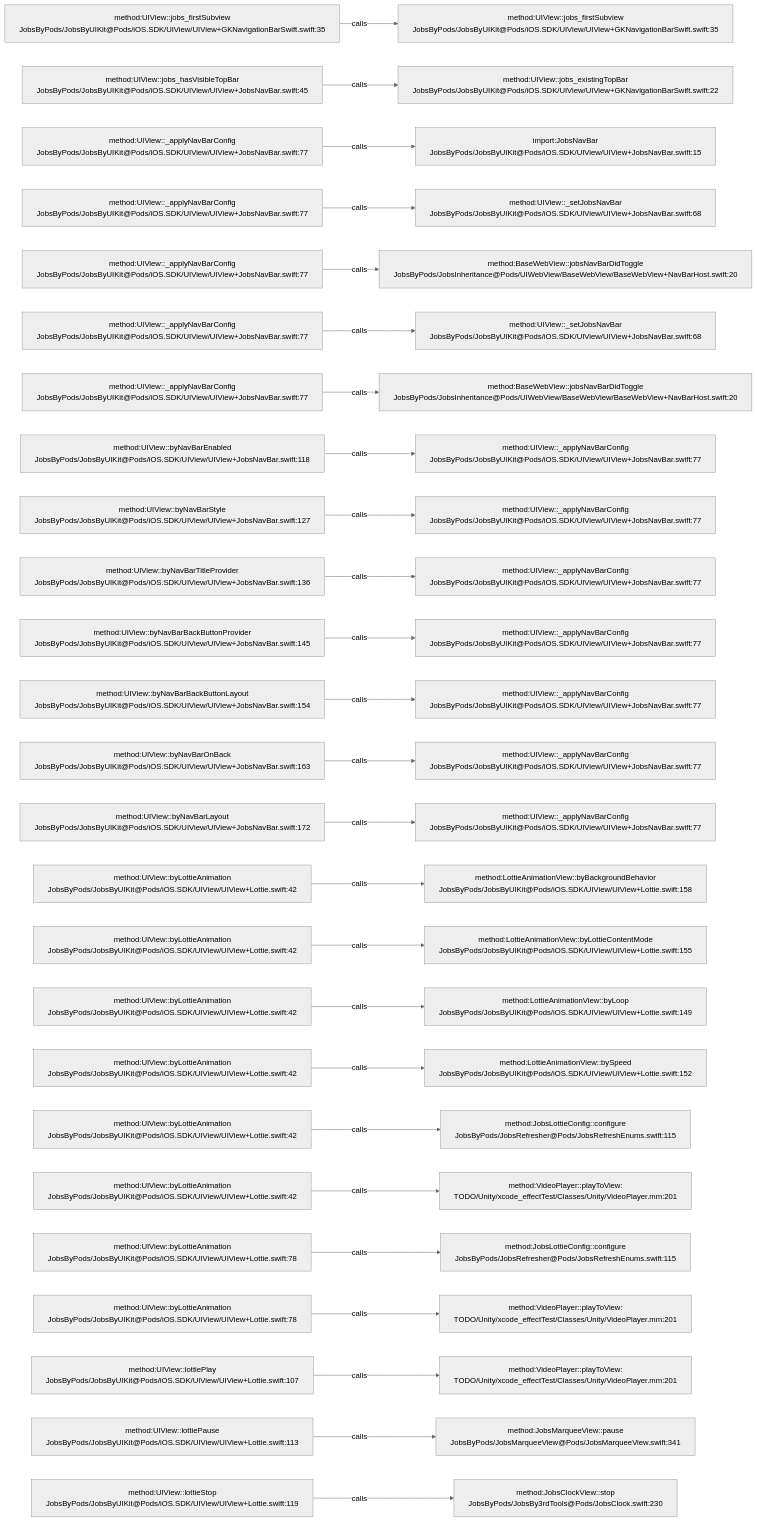
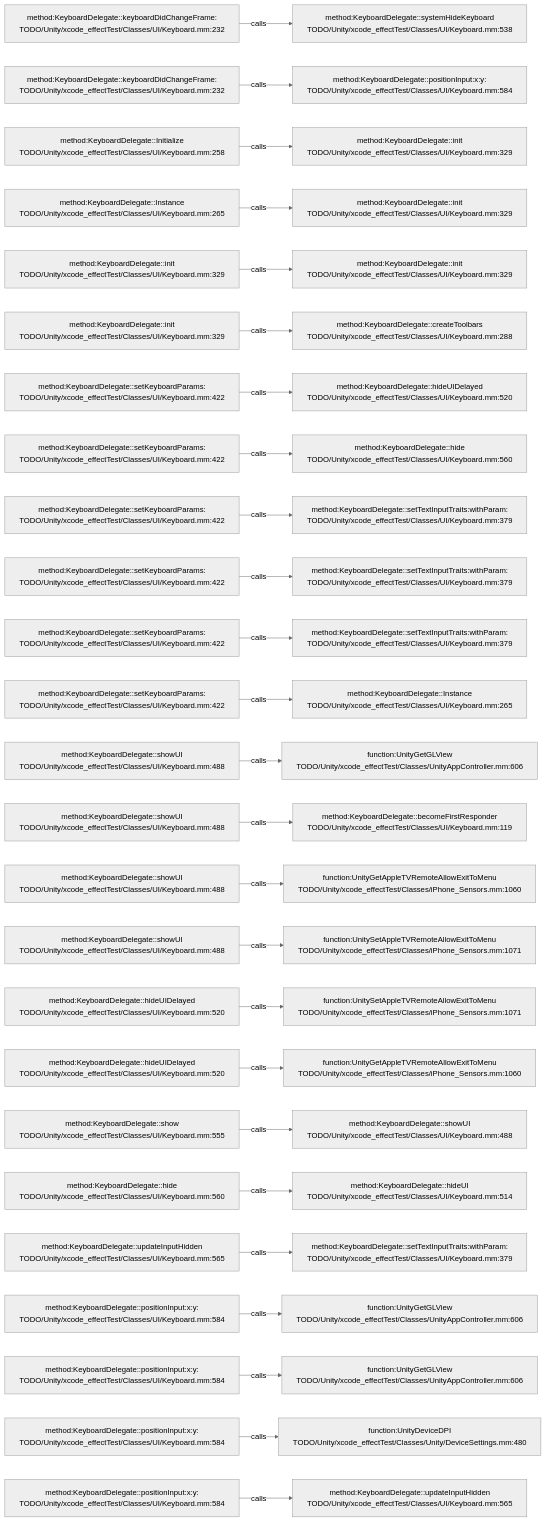
One commit to JobsKits/JobsSwiftBaseConfigDemo changed the diagram in .codegraph/codegraph.md/graphs/calls-092.md. Above: the diagram before and after it, drawn with Mermaid (neutral theme). The commit also changed 569 other files, not shown here.

````diff
--- a/.codegraph/codegraph.md/graphs/calls-092.md
+++ b/.codegraph/codegraph.md/graphs/calls-092.md
@@ -13,78 +13,78 @@
 ```mermaid
 flowchart LR
-  S1["method:UIView::jobs_firstSubview<br/>JobsByPods/JobsByUIKit@Pods/iOS.SDK/UIView/UIView+GKNavigationBarSwift.swift:35"]
-  T1["method:UIView::jobs_firstSubview<br/>JobsByPods/JobsByUIKit@Pods/iOS.SDK/UIView/UIView+GKNavigationBarSwift.swift:35"]
+  S1["method:KeyboardDelegate::keyboardDidChangeFrame:<br/>TODO/Unity/xcode_effectTest/Classes/UI/Keyboard.mm:232"]
+  T1["method:KeyboardDelegate::systemHideKeyboard<br/>TODO/Unity/xcode_effectTest/Classes/UI/Keyboard.mm:538"]
   S1 -->|calls| T1
-  S2["method:UIView::jobs_hasVisibleTopBar<br/>JobsByPods/JobsByUIKit@Pods/iOS.SDK/UIView/UIView+JobsNavBar.swift:45"]
-  T2["method:UIView::jobs_existingTopBar<br/>JobsByPods/JobsByUIKit@Pods/iOS.SDK/UIView/UIView+GKNavigationBarSwift.swift:22"]
+  S2["method:KeyboardDelegate::keyboardDidChangeFrame:<br/>TODO/Unity/xcode_effectTest/Classes/UI/Keyboard.mm:232"]
+  T2["method:KeyboardDelegate::positionInput:x:y:<br/>TODO/Unity/xcode_effectTest/Classes/UI/Keyboard.mm:584"]
   S2 -->|calls| T2
-  S3["method:UIView::_applyNavBarConfig<br/>JobsByPods/JobsByUIKit@Pods/iOS.SDK/UIView/UIView+JobsNavBar.swift:77"]
-  T3["import:JobsNavBar<br/>JobsByPods/JobsByUIKit@Pods/iOS.SDK/UIView/UIView+JobsNavBar.swift:15"]
+  S3["method:KeyboardDelegate::Initialize<br/>TODO/Unity/xcode_effectTest/Classes/UI/Keyboard.mm:258"]
+  T3["method:KeyboardDelegate::init<br/>TODO/Unity/xcode_effectTest/Classes/UI/Keyboard.mm:329"]
   S3 -->|calls| T3
-  S4["method:UIView::_applyNavBarConfig<br/>JobsByPods/JobsByUIKit@Pods/iOS.SDK/UIView/UIView+JobsNavBar.swift:77"]
-  T4["method:UIView::_setJobsNavBar<br/>JobsByPods/JobsByUIKit@Pods/iOS.SDK/UIView/UIView+JobsNavBar.swift:68"]
+  S4["method:KeyboardDelegate::Instance<br/>TODO/Unity/xcode_effectTest/Classes/UI/Keyboard.mm:265"]
+  T4["method:KeyboardDelegate::init<br/>TODO/Unity/xcode_effectTest/Classes/UI/Keyboard.mm:329"]
   S4 -->|calls| T4
-  S5["method:UIView::_applyNavBarConfig<br/>JobsByPods/JobsByUIKit@Pods/iOS.SDK/UIView/UIView+JobsNavBar.swift:77"]
-  T5["method:BaseWebView::jobsNavBarDidToggle<br/>JobsByPods/JobsInheritance@Pods/UIWebView/BaseWebView/BaseWebView+NavBarHost.swift:20"]
+  S5["method:KeyboardDelegate::init<br/>TODO/Unity/xcode_effectTest/Classes/UI/Keyboard.mm:329"]
+  T5["method:KeyboardDelegate::init<br/>TODO/Unity/xcode_effectTest/Classes/UI/Keyboard.mm:329"]
   S5 -->|calls| T5
-  S6["method:UIView::_applyNavBarConfig<br/>JobsByPods/JobsByUIKit@Pods/iOS.SDK/UIView/UIView+JobsNavBar.swift:77"]
-  T6["method:UIView::_setJobsNavBar<br/>JobsByPods/JobsByUIKit@Pods/iOS.SDK/UIView/UIView+JobsNavBar.swift:68"]
+  S6["method:KeyboardDelegate::init<br/>TODO/Unity/xcode_effectTest/Classes/UI/Keyboard.mm:329"]
+  T6["method:KeyboardDelegate::createToolbars<br/>TODO/Unity/xcode_effectTest/Classes/UI/Keyboard.mm:288"]
   S6 -->|calls| T6
-  S7["method:UIView::_applyNavBarConfig<br/>JobsByPods/JobsByUIKit@Pods/iOS.SDK/UIView/UIView+JobsNavBar.swift:77"]
-  T7["method:BaseWebView::jobsNavBarDidToggle<br/>JobsByPods/JobsInheritance@Pods/UIWebView/BaseWebView/BaseWebView+NavBarHost.swift:20"]
+  S7["method:KeyboardDelegate::setKeyboardParams:<br/>TODO/Unity/xcode_effectTest/Classes/UI/Keyboard.mm:422"]
+  T7["method:KeyboardDelegate::hideUIDelayed<br/>TODO/Unity/xcode_effectTest/Classes/UI/Keyboard.mm:520"]
   S7 -->|calls| T7
-  S8["method:UIView::byNavBarEnabled<br/>JobsByPods/JobsByUIKit@Pods/iOS.SDK/UIView/UIView+JobsNavBar.swift:118"]
-  T8["method:UIView::_applyNavBarConfig<br/>JobsByPods/JobsByUIKit@Pods/iOS.SDK/UIView/UIView+JobsNavBar.swift:77"]
+  S8["method:KeyboardDelegate::setKeyboardParams:<br/>TODO/Unity/xcode_effectTest/Classes/UI/Keyboard.mm:422"]
+  T8["method:KeyboardDelegate::hide<br/>TODO/Unity/xcode_effectTest/Classes/UI/Keyboard.mm:560"]
   S8 -->|calls| T8
-  S9["method:UIView::byNavBarStyle<br/>JobsByPods/JobsByUIKit@Pods/iOS.SDK/UIView/UIView+JobsNavBar.swift:127"]
-  T9["method:UIView::_applyNavBarConfig<br/>JobsByPods/JobsByUIKit@Pods/iOS.SDK/UIView/UIView+JobsNavBar.swift:77"]
+  S9["method:KeyboardDelegate::setKeyboardParams:<br/>TODO/Unity/xcode_effectTest/Classes/UI/Keyboard.mm:422"]
+  T9["method:KeyboardDelegate::setTextInputTraits:withParam:<br/>TODO/Unity/xcode_effectTest/Classes/UI/Keyboard.mm:379"]
   S9 -->|calls| T9
-  S10["method:UIView::byNavBarTitleProvider<br/>JobsByPods/JobsByUIKit@Pods/iOS.SDK/UIView/UIView+JobsNavBar.swift:136"]
-  T10["method:UIView::_applyNavBarConfig<br/>JobsByPods/JobsByUIKit@Pods/iOS.SDK/UIView/UIView+JobsNavBar.swift:77"]
+  S10["method:KeyboardDelegate::setKeyboardParams:<br/>TODO/Unity/xcode_effectTest/Classes/UI/Keyboard.mm:422"]
+  T10["method:KeyboardDelegate::setTextInputTraits:withParam:<br/>TODO/Unity/xcode_effectTest/Classes/UI/Keyboard.mm:379"]
   S10 -->|calls| T10
-  S11["method:UIView::byNavBarBackButtonProvider<br/>JobsByPods/JobsByUIKit@Pods/iOS.SDK/UIView/UIView+JobsNavBar.swift:145"]
-  T11["method:UIView::_applyNavBarConfig<br/>JobsByPods/JobsByUIKit@Pods/iOS.SDK/UIView/UIView+JobsNavBar.swift:77"]
+  S11["method:KeyboardDelegate::setKeyboardParams:<br/>TODO/Unity/xcode_effectTest/Classes/UI/Keyboard.mm:422"]
+  T11["method:KeyboardDelegate::setTextInputTraits:withParam:<br/>TODO/Unity/xcode_effectTest/Classes/UI/Keyboard.mm:379"]
   S11 -->|calls| T11
-  S12["method:UIView::byNavBarBackButtonLayout<br/>JobsByPods/JobsByUIKit@Pods/iOS.SDK/UIView/UIView+JobsNavBar.swift:154"]
-  T12["method:UIView::_applyNavBarConfig<br/>JobsByPods/JobsByUIKit@Pods/iOS.SDK/UIView/UIView+JobsNavBar.swift:77"]
+  S12["method:KeyboardDelegate::setKeyboardParams:<br/>TODO/Unity/xcode_effectTest/Classes/UI/Keyboard.mm:422"]
+  T12["method:KeyboardDelegate::Instance<br/>TODO/Unity/xcode_effectTest/Classes/UI/Keyboard.mm:265"]
   S12 -->|calls| T12
-  S13["method:UIView::byNavBarOnBack<br/>JobsByPods/JobsByUIKit@Pods/iOS.SDK/UIView/UIView+JobsNavBar.swift:163"]
-  T13["method:UIView::_applyNavBarConfig<br/>JobsByPods/JobsByUIKit@Pods/iOS.SDK/UIView/UIView+JobsNavBar.swift:77"]
+  S13["method:KeyboardDelegate::showUI<br/>TODO/Unity/xcode_effectTest/Classes/UI/Keyboard.mm:488"]
+  T13["function:UnityGetGLView<br/>TODO/Unity/xcode_effectTest/Classes/UnityAppController.mm:606"]
   S13 -->|calls| T13
-  S14["method:UIView::byNavBarLayout<br/>JobsByPods/JobsByUIKit@Pods/iOS.SDK/UIView/UIView+JobsNavBar.swift:172"]
-  T14["method:UIView::_applyNavBarConfig<br/>JobsByPods/JobsByUIKit@Pods/iOS.SDK/UIView/UIView+JobsNavBar.swift:77"]
+  S14["method:KeyboardDelegate::showUI<br/>TODO/Unity/xcode_effectTest/Classes/UI/Keyboard.mm:488"]
+  T14["method:KeyboardDelegate::becomeFirstResponder<br/>TODO/Unity/xcode_effectTest/Classes/UI/Keyboard.mm:119"]
   S14 -->|calls| T14
-  S15["method:UIView::byLottieAnimation<br/>JobsByPods/JobsByUIKit@Pods/iOS.SDK/UIView/UIView+Lottie.swift:42"]
-  T15["method:LottieAnimationView::byBackgroundBehavior<br/>JobsByPods/JobsByUIKit@Pods/iOS.SDK/UIView/UIView+Lottie.swift:158"]
+  S15["method:KeyboardDelegate::showUI<br/>TODO/Unity/xcode_effectTest/Classes/UI/Keyboard.mm:488"]
+  T15["function:UnityGetAppleTVRemoteAllowExitToMenu<br/>TODO/Unity/xcode_effectTest/Classes/iPhone_Sensors.mm:1060"]
   S15 -->|calls| T15
-  S16["method:UIView::byLottieAnimation<br/>JobsByPods/JobsByUIKit@Pods/iOS.SDK/UIView/UIView+Lottie.swift:42"]
-  T16["method:LottieAnimationView::byLottieContentMode<br/>JobsByPods/JobsByUIKit@Pods/iOS.SDK/UIView/UIView+Lottie.swift:155"]
+  S16["method:KeyboardDelegate::showUI<br/>TODO/Unity/xcode_effectTest/Classes/UI/Keyboard.mm:488"]
+  T16["function:UnitySetAppleTVRemoteAllowExitToMenu<br/>TODO/Unity/xcode_effectTest/Classes/iPhone_Sensors.mm:1071"]
   S16 -->|calls| T16
-  S17["method:UIView::byLottieAnimation<br/>JobsByPods/JobsByUIKit@Pods/iOS.SDK/UIView/UIView+Lottie.swift:42"]
-  T17["method:LottieAnimationView::byLoop<br/>JobsByPods/JobsByUIKit@Pods/iOS.SDK/UIView/UIView+Lottie.swift:149"]
+  S17["method:KeyboardDelegate::hideUIDelayed<br/>TODO/Unity/xcode_effectTest/Classes/UI/Keyboard.mm:520"]
+  T17["function:UnitySetAppleTVRemoteAllowExitToMenu<br/>TODO/Unity/xcode_effectTest/Classes/iPhone_Sensors.mm:1071"]
   S17 -->|calls| T17
-  S18["method:UIView::byLottieAnimation<br/>JobsByPods/JobsByUIKit@Pods/iOS.SDK/UIView/UIView+Lottie.swift:42"]
-  T18["method:LottieAnimationView::bySpeed<br/>JobsByPods/JobsByUIKit@Pods/iOS.SDK/UIView/UIView+Lottie.swift:152"]
+  S18["method:KeyboardDelegate::hideUIDelayed<br/>TODO/Unity/xcode_effectTest/Classes/UI/Keyboard.mm:520"]
+  T18["function:UnityGetAppleTVRemoteAllowExitToMenu<br/>TODO/Unity/xcode_effectTest/Classes/iPhone_Sensors.mm:1060"]
   S18 -->|calls| T18
-  S19["method:UIView::byLottieAnimation<br/>JobsByPods/JobsByUIKit@Pods/iOS.SDK/UIView/UIView+Lottie.swift:42"]
-  T19["method:JobsLottieConfig::configure<br/>JobsByPods/JobsRefresher@Pods/JobsRefreshEnums.swift:115"]
+  S19["method:KeyboardDelegate::show<br/>TODO/Unity/xcode_effectTest/Classes/UI/Keyboard.mm:555"]
+  T19["method:KeyboardDelegate::showUI<br/>TODO/Unity/xcode_effectTest/Classes/UI/Keyboard.mm:488"]
   S19 -->|calls| T19
-  S20["method:UIView::byLottieAnimation<br/>JobsByPods/JobsByUIKit@Pods/iOS.SDK/UIView/UIView+Lottie.swift:42"]
-  T20["method:VideoPlayer::playToView:<br/>TODO/Unity/xcode_effectTest/Classes/Unity/VideoPlayer.mm:201"]
+  S20["method:KeyboardDelegate::hide<br/>TODO/Unity/xcode_effectTest/Classes/UI/Keyboard.mm:560"]
+  T20["method:KeyboardDelegate::hideUI<br/>TODO/Unity/xcode_effectTest/Classes/UI/Keyboard.mm:514"]
   S20 -->|calls| T20
-  S21["method:UIView::byLottieAnimation<br/>JobsByPods/JobsByUIKit@Pods/iOS.SDK/UIView/UIView+Lottie.swift:78"]
-  T21["method:JobsLottieConfig::configure<br/>JobsByPods/JobsRefresher@Pods/JobsRefreshEnums.swift:115"]
+  S21["method:KeyboardDelegate::updateInputHidden<br/>TODO/Unity/xcode_effectTest/Classes/UI/Keyboard.mm:565"]
+  T21["method:KeyboardDelegate::setTextInputTraits:withParam:<br/>TODO/Unity/xcode_effectTest/Classes/UI/Keyboard.mm:379"]
   S21 -->|calls| T21
-  S22["method:UIView::byLottieAnimation<br/>JobsByPods/JobsByUIKit@Pods/iOS.SDK/UIView/UIView+Lottie.swift:78"]
-  T22["method:VideoPlayer::playToView:<br/>TODO/Unity/xcode_effectTest/Classes/Unity/VideoPlayer.mm:201"]
+  S22["method:KeyboardDelegate::positionInput:x:y:<br/>TODO/Unity/xcode_effectTest/Classes/UI/Keyboard.mm:584"]
+  T22["function:UnityGetGLView<br/>TODO/Unity/xcode_effectTest/Classes/UnityAppController.mm:606"]
   S22 -->|calls| T22
-  S23["method:UIView::lottiePlay<br/>JobsByPods/JobsByUIKit@Pods/iOS.SDK/UIView/UIView+Lottie.swift:107"]
-  T23["method:VideoPlayer::playToView:<br/>TODO/Unity/xcode_effectTest/Classes/Unity/VideoPlayer.mm:201"]
+  S23["method:KeyboardDelegate::positionInput:x:y:<br/>TODO/Unity/xcode_effectTest/Classes/UI/Keyboard.mm:584"]
+  T23["function:UnityGetGLView<br/>TODO/Unity/xcode_effectTest/Classes/UnityAppController.mm:606"]
   S23 -->|calls| T23
-  S24["method:UIView::lottiePause<br/>JobsByPods/JobsByUIKit@Pods/iOS.SDK/UIView/UIView+Lottie.swift:113"]
-  T24["method:JobsMarqueeView::pause<br/>JobsByPods/JobsMarqueeView@Pods/JobsMarqueeView.swift:341"]
+  S24["method:KeyboardDelegate::positionInput:x:y:<br/>TODO/Unity/xcode_effectTest/Classes/UI/Keyboard.mm:584"]
+  T24["function:UnityDeviceDPI<br/>TODO/Unity/xcode_effectTest/Classes/Unity/DeviceSettings.mm:480"]
   S24 -->|calls| T24
-  S25["method:UIView::lottieStop<br/>JobsByPods/JobsByUIKit@Pods/iOS.SDK/UIView/UIView+Lottie.swift:119"]
-  T25["method:JobsClockView::stop<br/>JobsByPods/JobsBy3rdTools@Pods/JobsClock.swift:230"]
+  S25["method:KeyboardDelegate::positionInput:x:y:<br/>TODO/Unity/xcode_effectTest/Classes/UI/Keyboard.mm:584"]
+  T25["method:KeyboardDelegate::updateInputHidden<br/>TODO/Unity/xcode_effectTest/Classes/UI/Keyboard.mm:565"]
   S25 -->|calls| T25
 ```
````
